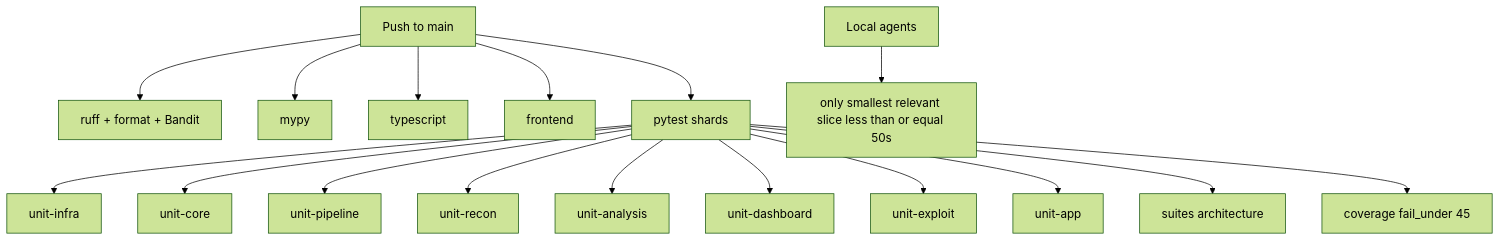
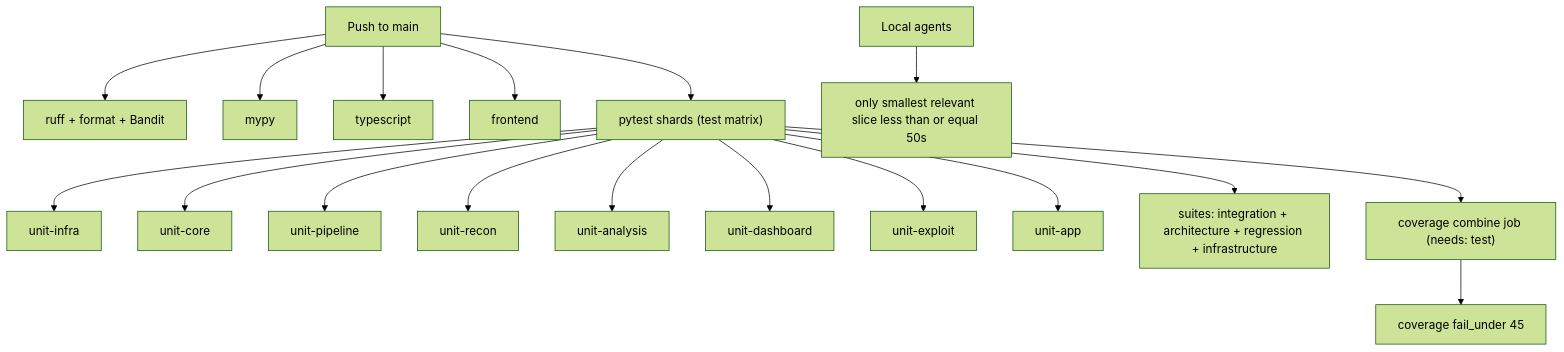
Before and after one commit to AviralGup7/Singularity-Zero: diagram 12 of 15 in docs/flowchart.md, drawn with Mermaid (forest theme). The commit also changed other lines of this file, not shown here.

Commit message:
docs(flowchart): align atlas with live STAGE_GRAPH, SM transitions, I35 recovery branches, and CI structure

````diff
--- a/docs/flowchart.md
+++ b/docs/flowchart.md
@@ -425,19 +449,20 @@
 ```mermaid
 flowchart TD
     Push["Push to main"] --> Lint["ruff + format + Bandit"]
     Push --> Mypy["mypy"]
     Push --> TS["typescript"]
     Push --> FE["frontend"]
-    Push --> Shards["pytest shards"]
+    Push --> Shards["pytest shards (test matrix)"]
     Shards --> Infra["unit-infra"]
     Shards --> Core["unit-core"]
     Shards --> Pipe["unit-pipeline"]
     Shards --> Recon["unit-recon"]
     Shards --> Analysis["unit-analysis"]
     Shards --> Dash["unit-dashboard"]
     Shards --> Exploit["unit-exploit"]
     Shards --> App["unit-app"]
-    Shards --> Suites["suites architecture"]
-    Shards --> Cov["coverage fail_under 45"]
+    Shards --> Suites["suites: integration + architecture + regression + infrastructure"]
+    Shards --> Combine["coverage combine job (needs: test)"]
+    Combine --> Cov["coverage fail_under 45"]
     Local["Local agents"] --> Small["only smallest relevant slice less than or equal 50s"]
 ```
````
